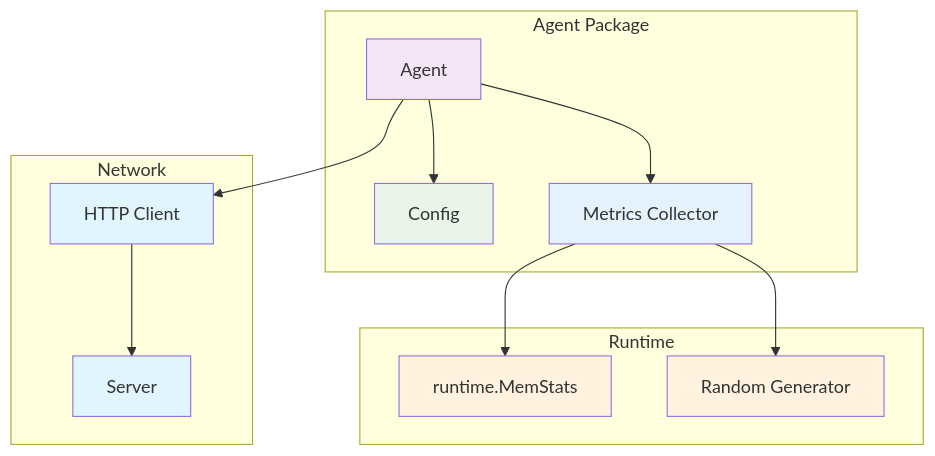
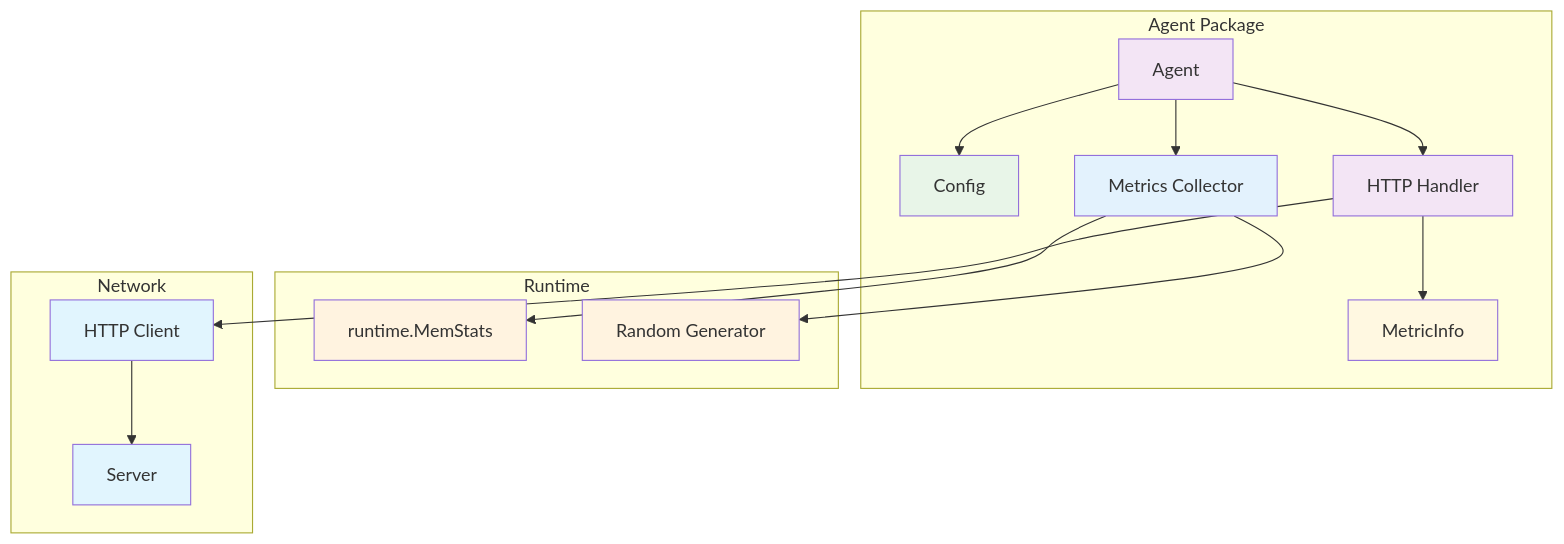
Before and after one commit to IgorKilipenko/metrical: the first of 2 diagrams in internal/agent/README.md, drawn with Mermaid. The commit also changed other lines of this file and 2 other files, not shown here.

Commit message:
feat: add metric preparation and URL handling for agent
- Introduced `prepareMetricInfo` method to prepare metric data for sending, including URL construction based on server configuration.
- Added comprehensive unit tests for `prepareMetricInfo` and URL handling scenarios, ensuring correct behavior for various metric types and server URL formats.
- Updated documentation to reflect changes in metric handling and added new test coverage details.

````diff
--- a/internal/agent/README.md
+++ b/internal/agent/README.md
@@ -7,34 +7,40 @@
 ```mermaid
 graph TB
     subgraph "Agent Package"
         AGENT[Agent]
         CONFIG[Config]
         METRICS[Metrics Collector]
+        METRIC_INFO[MetricInfo]
+        HTTP_HANDLER[HTTP Handler]
     end
     
     subgraph "Runtime"
         RUNTIME[runtime.MemStats]
         RANDOM[Random Generator]
     end
     
     subgraph "Network"
         HTTP_CLIENT[HTTP Client]
         SERVER[Server]
     end
     
     AGENT --> CONFIG
     AGENT --> METRICS
-    AGENT --> HTTP_CLIENT
+    AGENT --> HTTP_HANDLER
     
     METRICS --> RUNTIME
     METRICS --> RANDOM
+    HTTP_HANDLER --> METRIC_INFO
+    HTTP_HANDLER --> HTTP_CLIENT
     HTTP_CLIENT --> SERVER
     
     style AGENT fill:#f3e5f5
     style CONFIG fill:#e8f5e8
     style METRICS fill:#e3f2fd
+    style METRIC_INFO fill:#fff8e1
+    style HTTP_HANDLER fill:#f3e5f5
     style RUNTIME fill:#fff3e0
     style RANDOM fill:#fff3e0
     style HTTP_CLIENT fill:#e1f5fe
     style SERVER fill:#e1f5fe
 ```
````
